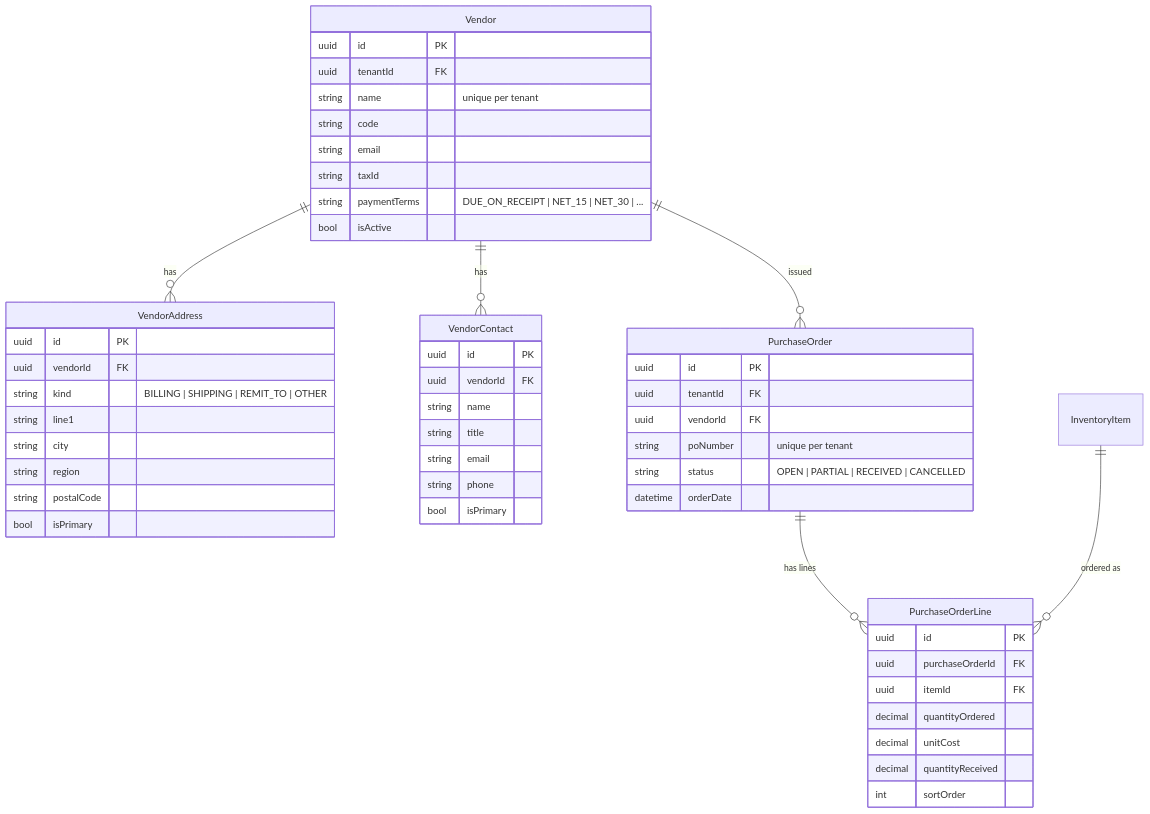
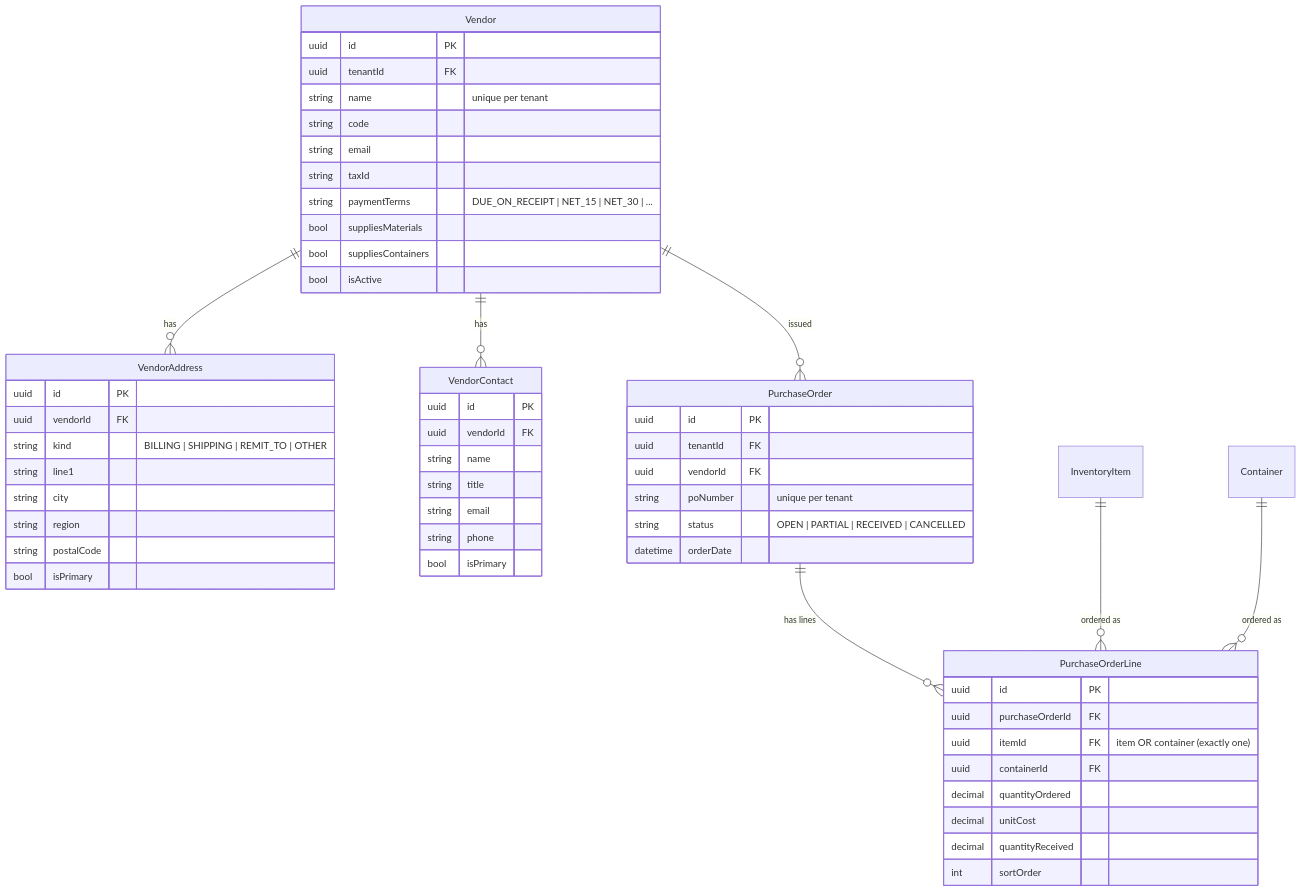
The sixth of 13 diagrams in src/schemas.md (afi-spencerd/RSM), drawn with Mermaid before and after one commit. The commit also changed other lines of this file and 1 other file, not shown here.

First line of the commit message:
docs: sync FW3 schema + backlog with current fw3 project

````diff
--- a/src/schemas.md
+++ b/src/schemas.md
@@ -321,55 +381,59 @@
 ```mermaid
 erDiagram
   Vendor ||--o{ VendorAddress : "has"
   Vendor ||--o{ VendorContact : "has"
   Vendor ||--o{ PurchaseOrder : "issued"
   PurchaseOrder ||--o{ PurchaseOrderLine : "has lines"
   InventoryItem ||--o{ PurchaseOrderLine : "ordered as"
+  Container ||--o{ PurchaseOrderLine : "ordered as"
 
   Vendor {
     uuid id PK
     uuid tenantId FK
     string name "unique per tenant"
     string code
     string email
     string taxId
     string paymentTerms "DUE_ON_RECEIPT | NET_15 | NET_30 | ..."
+    bool suppliesMaterials
+    bool suppliesContainers
     bool isActive
   }
   VendorAddress {
     uuid id PK
     uuid vendorId FK
     string kind "BILLING | SHIPPING | REMIT_TO | OTHER"
     string line1
     string city
     string region
     string postalCode
     bool isPrimary
   }
   VendorContact {
     uuid id PK
     uuid vendorId FK
     string name
     string title
     string email
     string phone
     bool isPrimary
   }
   PurchaseOrder {
     uuid id PK
     uuid tenantId FK
     uuid vendorId FK
     string poNumber "unique per tenant"
     string status "OPEN | PARTIAL | RECEIVED | CANCELLED"
     datetime orderDate
   }
   PurchaseOrderLine {
     uuid id PK
     uuid purchaseOrderId FK
-    uuid itemId FK
+    uuid itemId FK "item OR container (exactly one)"
+    uuid containerId FK
     decimal quantityOrdered
     decimal unitCost
     decimal quantityReceived
     int sortOrder
   }
 ```
````
